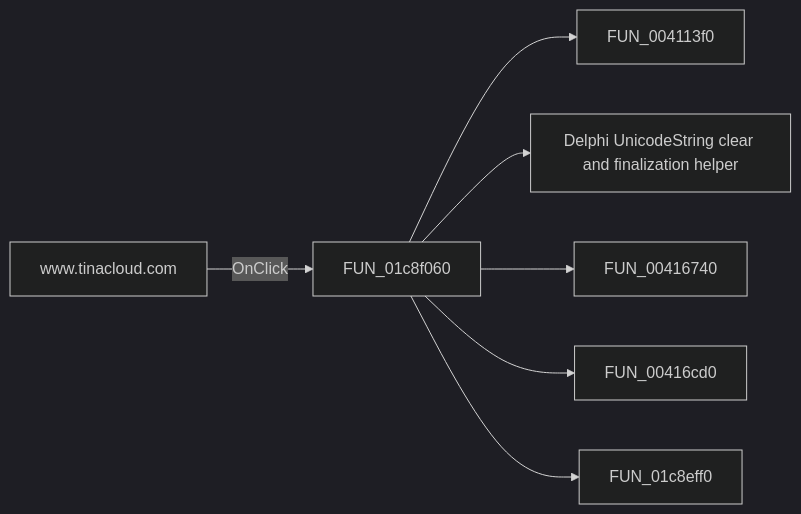
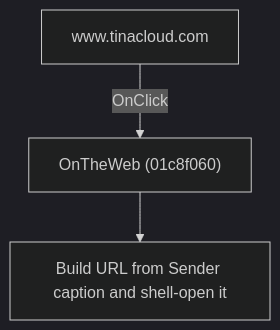
The diagram in docs/ui-controls/schematiceditor/wwwtinacloudcom-29bfdcf688.md (MovGP0/TIARA), drawn with Mermaid (dark theme) before and after one commit. The commit also changed other lines of this file and 1062 other files, not shown here.

````diff
--- a/docs/ui-controls/schematiceditor/wwwtinacloudcom-29bfdcf688.md
+++ b/docs/ui-controls/schematiceditor/wwwtinacloudcom-29bfdcf688.md
@@ -27,9 +27,5 @@
 ```mermaid
-flowchart LR
-    control["www.tinacloud.com"] -->|OnClick| handler["FUN_01c8f060"]
-    handler --> call1["FUN_004113f0"]
-    handler --> call2["Delphi UnicodeString clear and finalization helper"]
-    handler --> call3["FUN_00416740"]
-    handler --> call4["FUN_00416cd0"]
-    handler --> call5["FUN_01c8eff0"]
+flowchart TD
+    control["www.tinacloud.com"] -->|"OnClick"| handler["OnTheWeb (01c8f060)"]
+    handler --> action["Build URL from Sender caption and shell-open it"]
 ```
````
